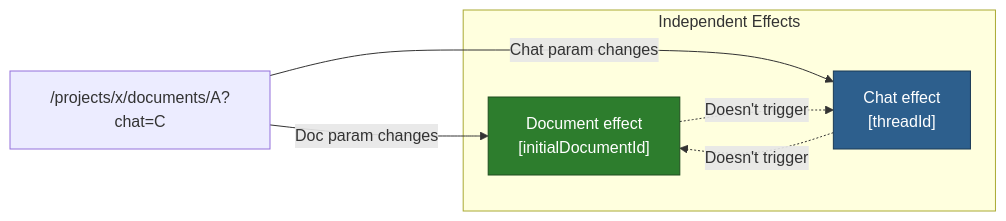
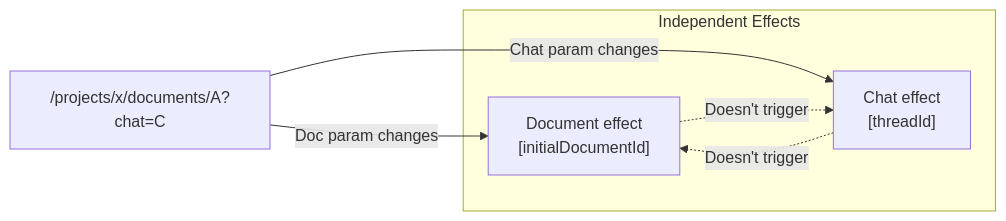
The third of 3 diagrams in _docs/technical/frontend/architecture/navigation-pattern.md (haowjy/meridian-flow), drawn with Mermaid before and after one commit. The commit also changed other lines of this file and 46 other files, not shown here.

````diff
--- a/_docs/technical/frontend/architecture/navigation-pattern.md
+++ b/_docs/technical/frontend/architecture/navigation-pattern.md
@@ -87,18 +82,16 @@
 ```mermaid
 flowchart LR
     URL["/projects/x/documents/A?chat=C"]
 
     subgraph "Independent Effects"
         DocEffect["Document effect\n[initialDocumentId]"]
         ChatEffect["Chat effect\n[threadId]"]
     end
 
     URL -->|"Doc param changes"| DocEffect
     URL -->|"Chat param changes"| ChatEffect
 
     DocEffect -.->|"Doesn't trigger"| ChatEffect
     ChatEffect -.->|"Doesn't trigger"| DocEffect
 
-    style DocEffect fill:#2d7d2d,stroke:#1e4d1e,color:#fff
-    style ChatEffect fill:#2d5f8d,stroke:#1b3a56,color:#fff
 ```
````
